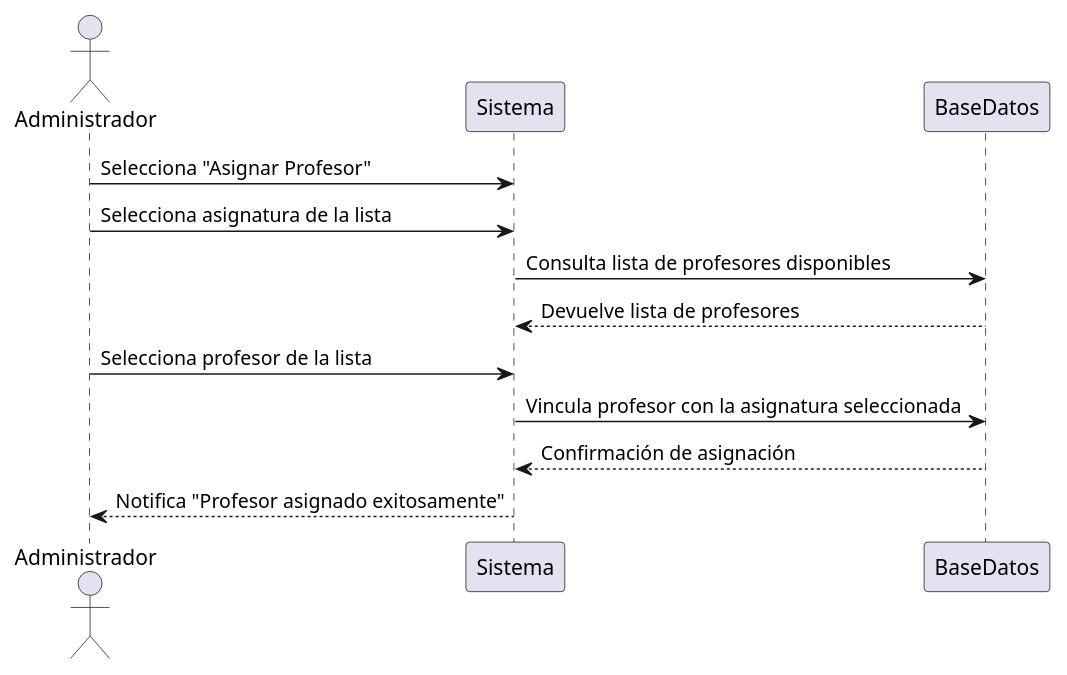
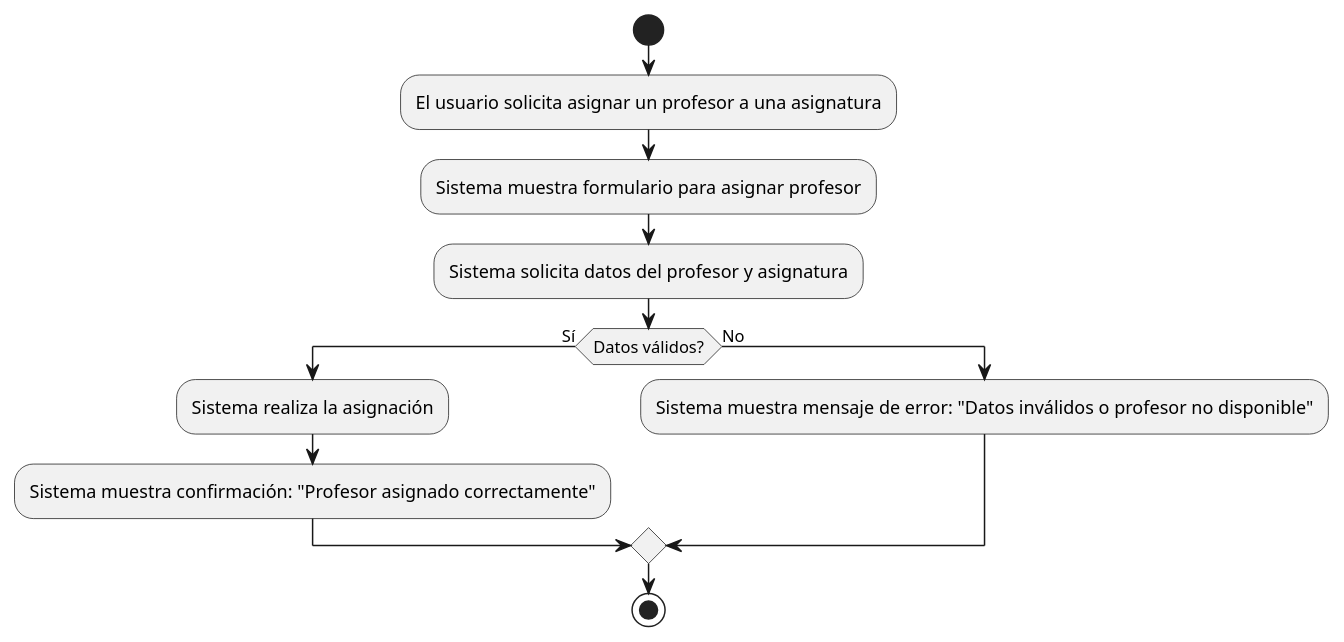
One commit to mmasias/24-25-IdSw1-SDR changed the diagram in casosDeUso/plantUML/AsignarProfesor.puml. Above: the diagram before and after it, drawn with PlantUML.

```diff
--- a/casosDeUso/plantUML/AsignarProfesor.puml
+++ b/casosDeUso/plantUML/AsignarProfesor.puml
@@ -1,14 +1,13 @@
 @startuml
-
-actor Administrador as A
-
-A -> Sistema : Selecciona "Asignar Profesor"
-A -> Sistema : Selecciona asignatura de la lista
-Sistema -> BaseDatos : Consulta lista de profesores disponibles
-BaseDatos --> Sistema : Devuelve lista de profesores
-A -> Sistema : Selecciona profesor de la lista
-Sistema -> BaseDatos : Vincula profesor con la asignatura seleccionada
-BaseDatos --> Sistema : Confirmación de asignación
-Sistema --> A : Notifica "Profesor asignado exitosamente"
-
+start
+:El usuario solicita asignar un profesor a una asignatura;
+:Sistema muestra formulario para asignar profesor;
+:Sistema solicita datos del profesor y asignatura;
+if (Datos válidos?) then (Sí)
+  :Sistema realiza la asignación;
+  :Sistema muestra confirmación: "Profesor asignado correctamente";
+else (No)
+  :Sistema muestra mensaje de error: "Datos inválidos o profesor no disponible";
+endif
+stop
 @enduml
```
